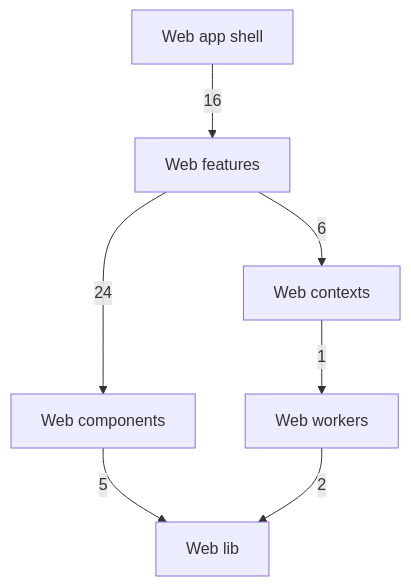
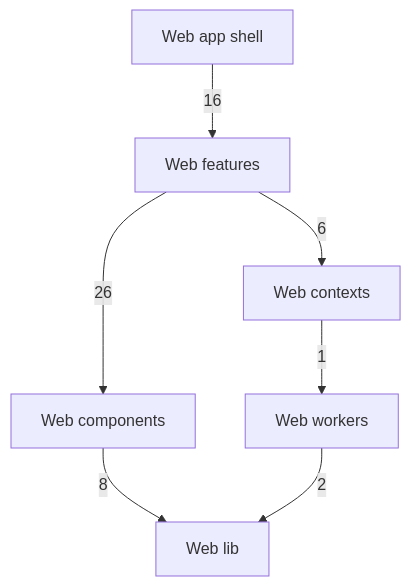
Before and after one commit to EdwinZhanCN/Lumilio-Photos: the diagram in docs/atlas/generated/architecture/web-groups.md, drawn with Mermaid. The commit also changed other lines of this file and 3 other files, not shown here.

````diff
--- a/docs/atlas/generated/architecture/web-groups.md
+++ b/docs/atlas/generated/architecture/web-groups.md
@@ -9,16 +9,16 @@
 ```mermaid
 flowchart TB
     n_web_lib["Web lib"]
     n_web_workers["Web workers"]
     n_web_components["Web components"]
     n_web_contexts["Web contexts"]
     n_web_features["Web features"]
     n_web_app["Web app shell"]
     n_web_app -->|"16"| n_web_features
-    n_web_components -->|"5"| n_web_lib
+    n_web_components -->|"8"| n_web_lib
     n_web_contexts -->|"1"| n_web_workers
-    n_web_features -->|"24"| n_web_components
+    n_web_features -->|"26"| n_web_components
     n_web_features -->|"6"| n_web_contexts
     n_web_workers -->|"2"| n_web_lib
     classDef external stroke-dasharray:4 3
 ```
````
